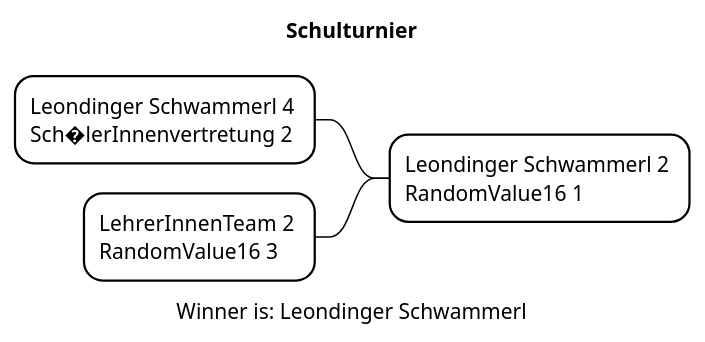
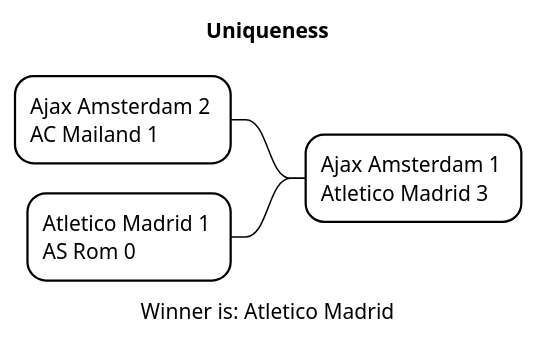
The diagram in asciidocs/plantuml/Result.puml (htl-leonding-project/2022-4ahif-autohaus), drawn with PlantUML before and after one commit. The commit also changed 22 other files, not shown here.

```diff
--- a/asciidocs/plantuml/Result.puml
+++ b/asciidocs/plantuml/Result.puml
@@ -1,19 +1,19 @@
-@startmindmap Schulturnier.png
+@startmindmap Uniqueness.png
     <style>
     mindmapDiagram{
         node{
             BackgroundColor White
 
         }
         LineColor Black
     }
     </style>
-title Schulturnier
+title Uniqueness
 
-- Leondinger Schwammerl 2 \nRandomValue16 1
+- Ajax Amsterdam 1 \nAtletico Madrid 3
 
--- Leondinger Schwammerl 4 \nSch�lerInnenvertretung 2
+-- Ajax Amsterdam 2 \nAC Mailand 1
 
--- LehrerInnenTeam 2 \nRandomValue16 3
-caption Winner is: Leondinger Schwammerl
+-- Atletico Madrid 1 \nAS Rom 0
+caption Winner is: Atletico Madrid
 @endmindmap
```
